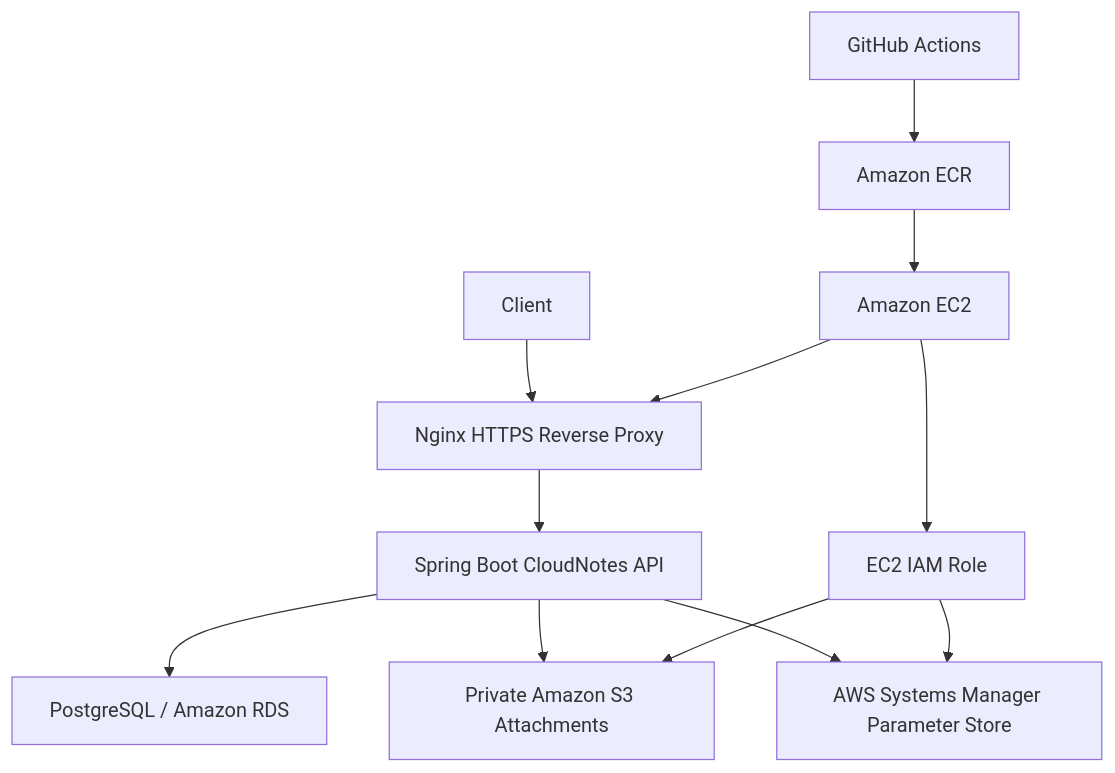
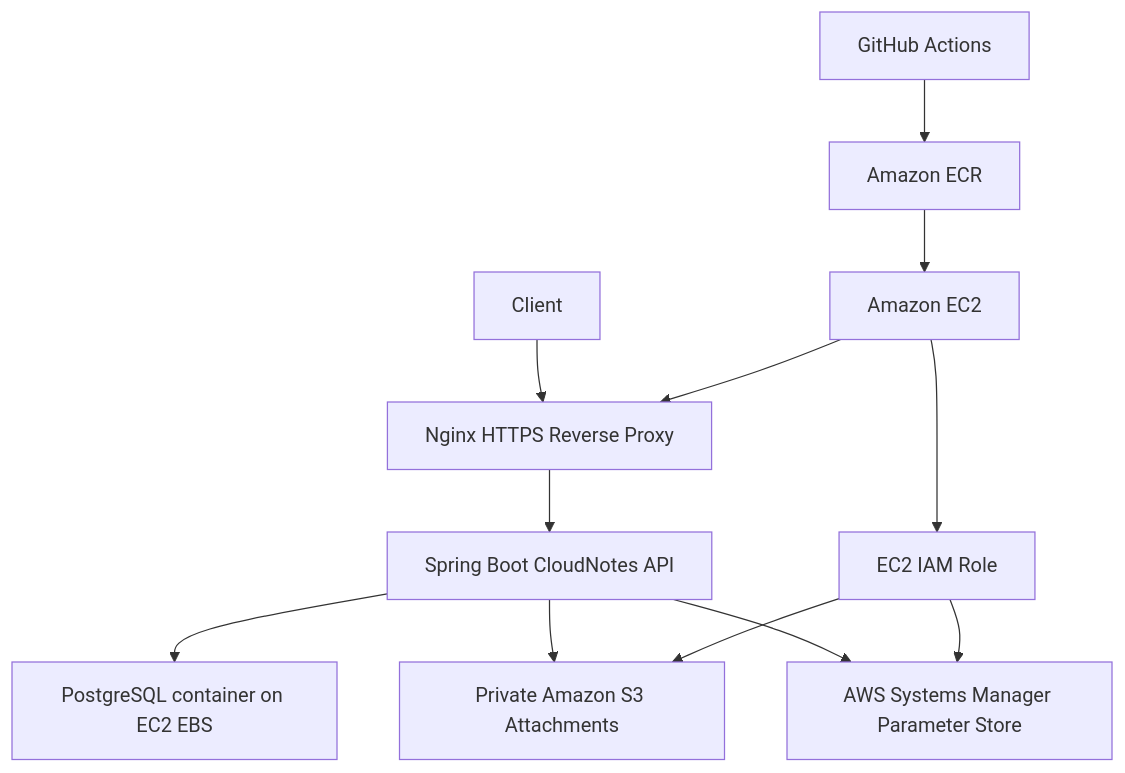
One commit to syzackerman/cloudnotes changed the first of 2 diagrams in README.md. Above: the diagram before and after it, drawn with Mermaid. The commit also changed other lines of this file and 20 other files, not shown here.

````diff
--- a/README.md
+++ b/README.md
@@ -11,16 +13,16 @@
 ```mermaid
 flowchart TD
     Client["Client"] --> Nginx["Nginx HTTPS Reverse Proxy"]
     Nginx --> Spring["Spring Boot CloudNotes API"]
-    Spring --> PostgreSQL["PostgreSQL / Amazon RDS"]
+    Spring --> PostgreSQL["PostgreSQL container on EC2 EBS"]
     Spring --> S3["Private Amazon S3 Attachments"]
 
     GHA["GitHub Actions"] --> ECR["Amazon ECR"]
     ECR --> EC2["Amazon EC2"]
     EC2 --> Nginx
 
     Spring --> SSM["AWS Systems Manager Parameter Store"]
     EC2 --> IAM["EC2 IAM Role"]
     IAM --> S3
     IAM --> SSM
 ```
````
